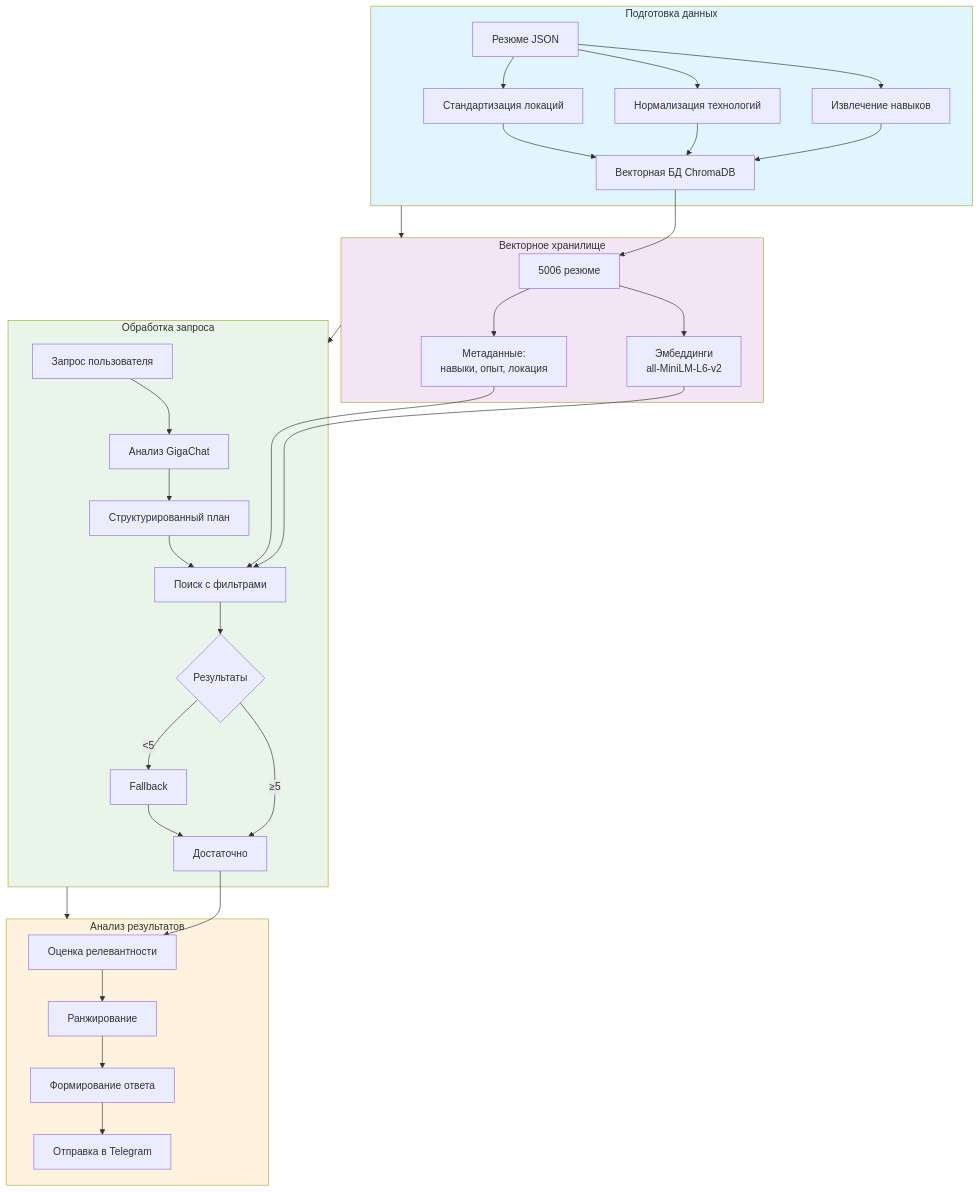
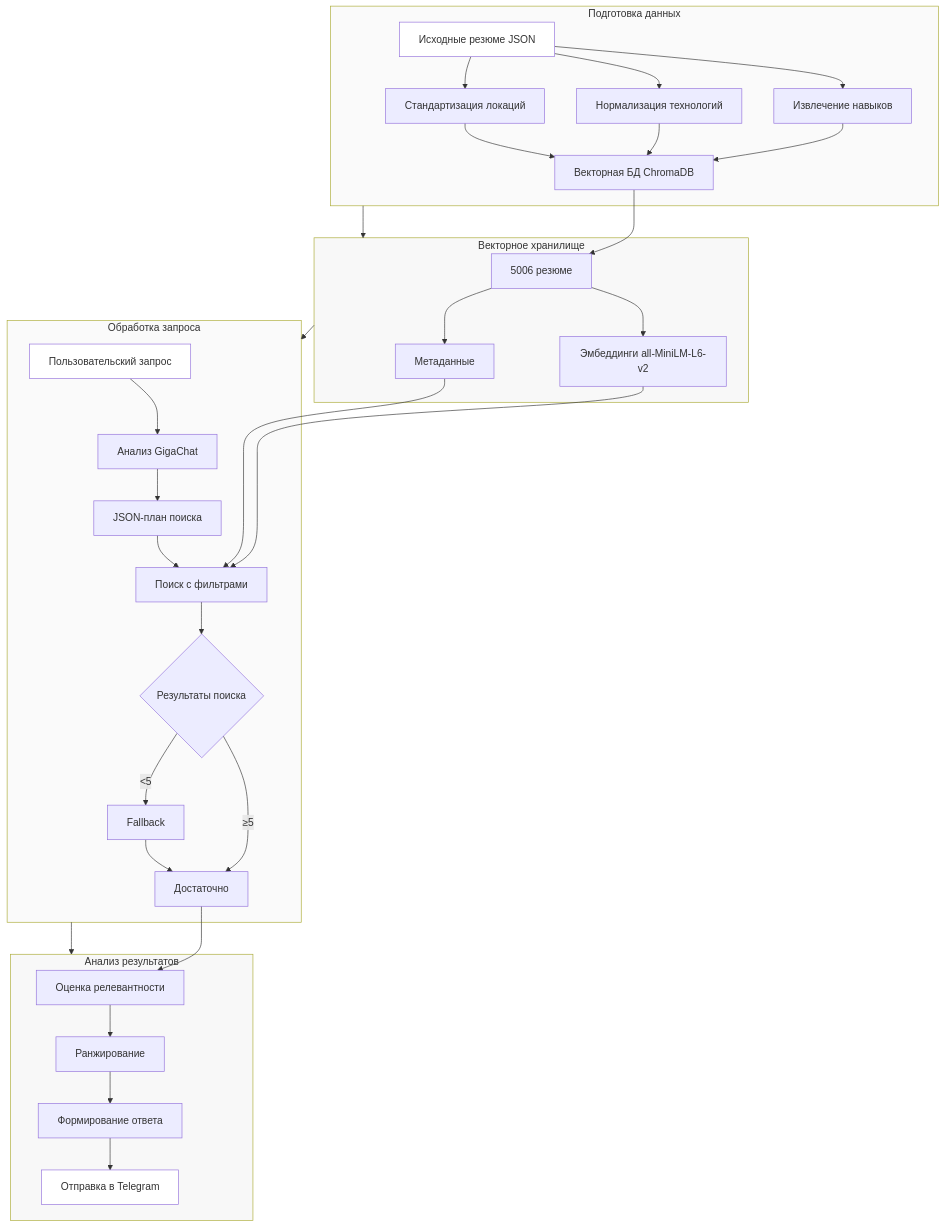
One commit to 7Lainero7/Study_AI_analytic_CV changed the second of 2 diagrams in README.md. Above: the diagram before and after it, drawn with Mermaid.

````diff
--- a/README.md
+++ b/README.md
@@ -124,45 +124,48 @@
 ```mermaid
 flowchart TD
     subgraph DataPrep[Подготовка данных]
-        A[Резюме JSON] --> B[Извлечение навыков]
+        A[Исходные резюме JSON] --> B[Извлечение навыков]
         A --> C[Нормализация технологий]
         A --> D[Стандартизация локаций]
         B --> E[Векторная БД ChromaDB]
         C --> E
         D --> E
     end
     
     subgraph VectorDB[Векторное хранилище]
         E --> F[5006 резюме]
-        F --> G[Эмбеддинги<br>all-MiniLM-L6-v2]
-        F --> H[Метаданные:<br>навыки, опыт, локация]
+        F --> G[Эмбеддинги all-MiniLM-L6-v2]
+        F --> H[Метаданные]
     end
     
     subgraph QueryFlow[Обработка запроса]
-        I[Запрос пользователя] --> J[Анализ GigaChat]
-        J --> K[Структурированный план]
+        I[Пользовательский запрос] --> J[Анализ GigaChat]
+        J --> K[JSON-план поиска]
         K --> L[Поиск с фильтрами]
         G --> L
         H --> L
-        L --> M{Результаты}
+        L --> M{Результаты поиска}
         M -->|≥5| N[Достаточно]
         M -->|<5| O[Fallback]
         O --> N
     end
     
     subgraph Analysis[Анализ результатов]
         N --> P[Оценка релевантности]
         P --> Q[Ранжирование]
         Q --> R[Формирование ответа]
         R --> S[Отправка в Telegram]
     end
     
     DataPrep --> VectorDB
     VectorDB --> QueryFlow
     QueryFlow --> Analysis
-    
-    style DataPrep fill:#e1f5fe
-    style VectorDB fill:#f3e5f5
-    style QueryFlow fill:#e8f5e8
-    style Analysis fill:#fff3e0
+
+    style DataPrep fill:#fafafa
+    style VectorDB fill:#f8f8f8
+    style QueryFlow fill:#fafafa
+    style Analysis fill:#f8f8f8
+    style A fill:#ffffff
+    style I fill:#ffffff
+    style S fill:#ffffff
 ```
````
